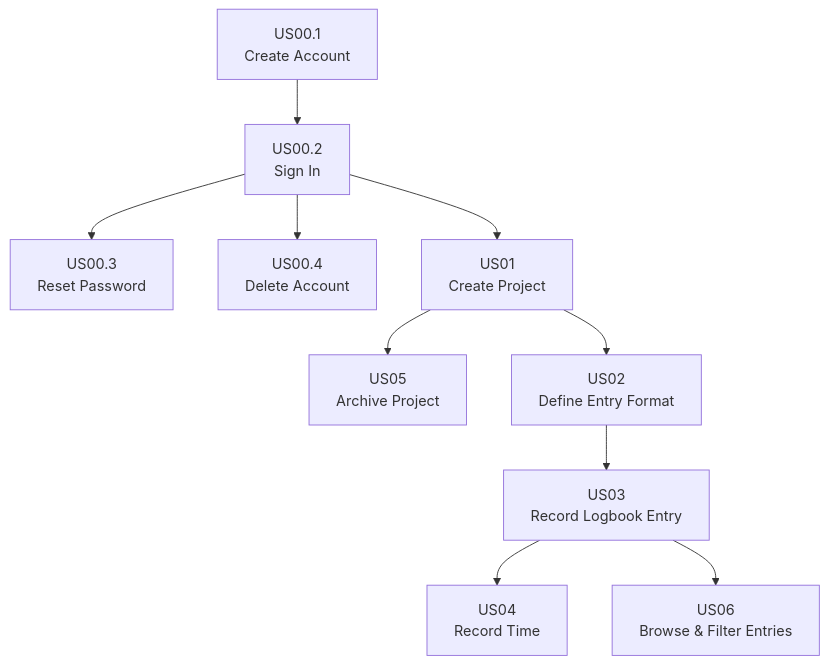
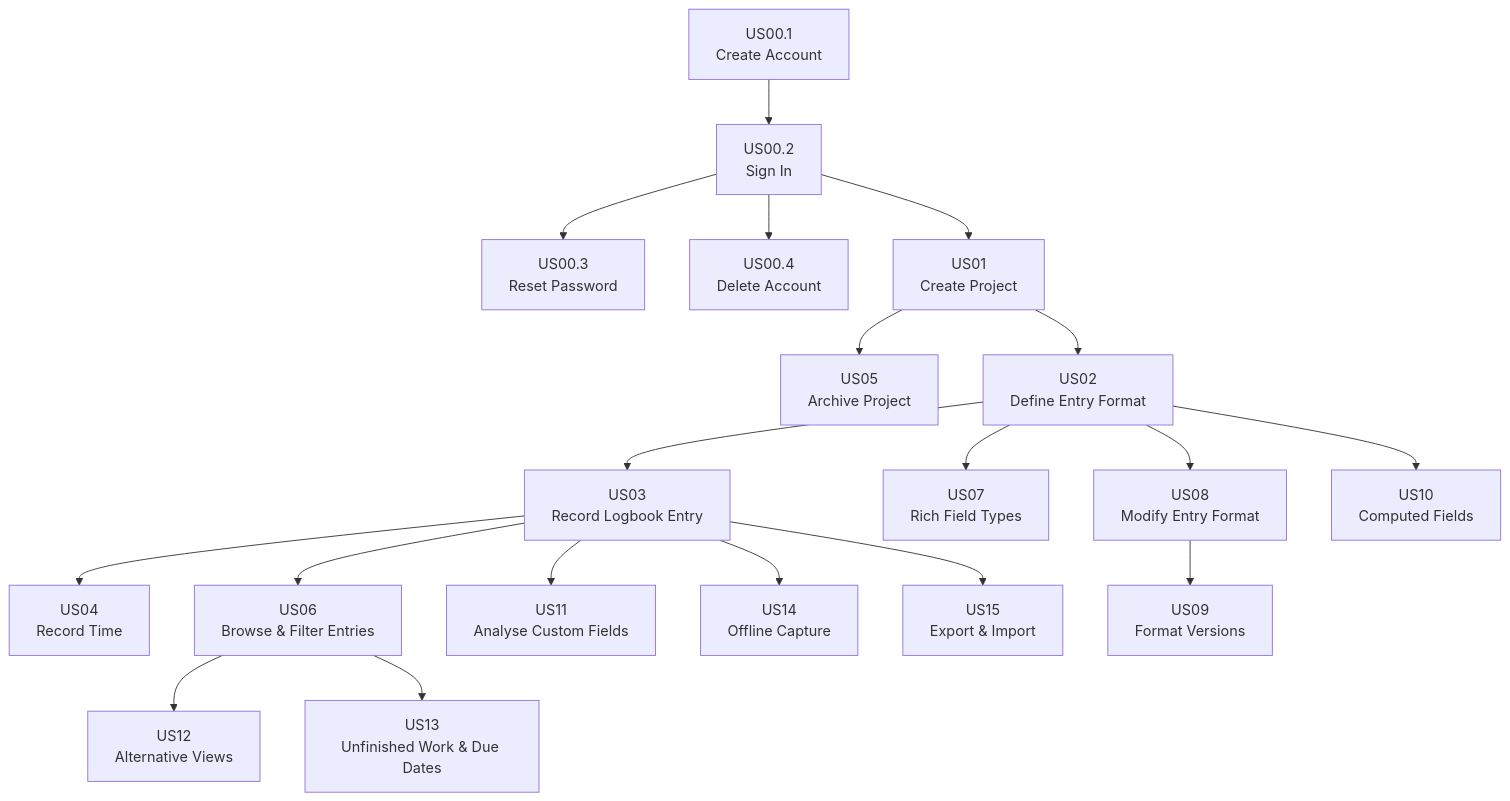
Before and after one commit to DiMpho-20/coms3011a-logbook-digital-logbook: the second of 2 diagrams in docs/design/development-plan.md, drawn with Mermaid. The commit also changed other lines of this file and 3 other files, not shown here.

````diff
--- a/docs/design/development-plan.md
+++ b/docs/design/development-plan.md
@@ -229,13 +390,30 @@
 ```mermaid
 flowchart TD
+
     A["US00.1<br/>Create Account"] --> B["US00.2<br/>Sign In"]
+
     B --> C["US00.3<br/>Reset Password"]
     B --> D["US00.4<br/>Delete Account"]
+    B --> E["US01<br/>Create Project"]
 
-    B --> E["US01<br/>Create Project"]
     E --> F["US05<br/>Archive Project"]
     E --> G["US02<br/>Define Entry Format"]
+
     G --> H["US03<br/>Record Logbook Entry"]
+
     H --> I["US04<br/>Record Time"]
     H --> J["US06<br/>Browse & Filter Entries"]
+
+    G --> K["US07<br/>Rich Field Types"]
+    G --> L["US08<br/>Modify Entry Format"]
+
+    L --> M["US09<br/>Format Versions"]
+    G --> N["US10<br/>Computed Fields"]
+
+    H --> O["US11<br/>Analyse Custom Fields"]
+    J --> P["US12<br/>Alternative Views"]
+    J --> Q["US13<br/>Unfinished Work & Due Dates"]
+
+    H --> R["US14<br/>Offline Capture"]
+    H --> S["US15<br/>Export & Import"]
 ```
````
